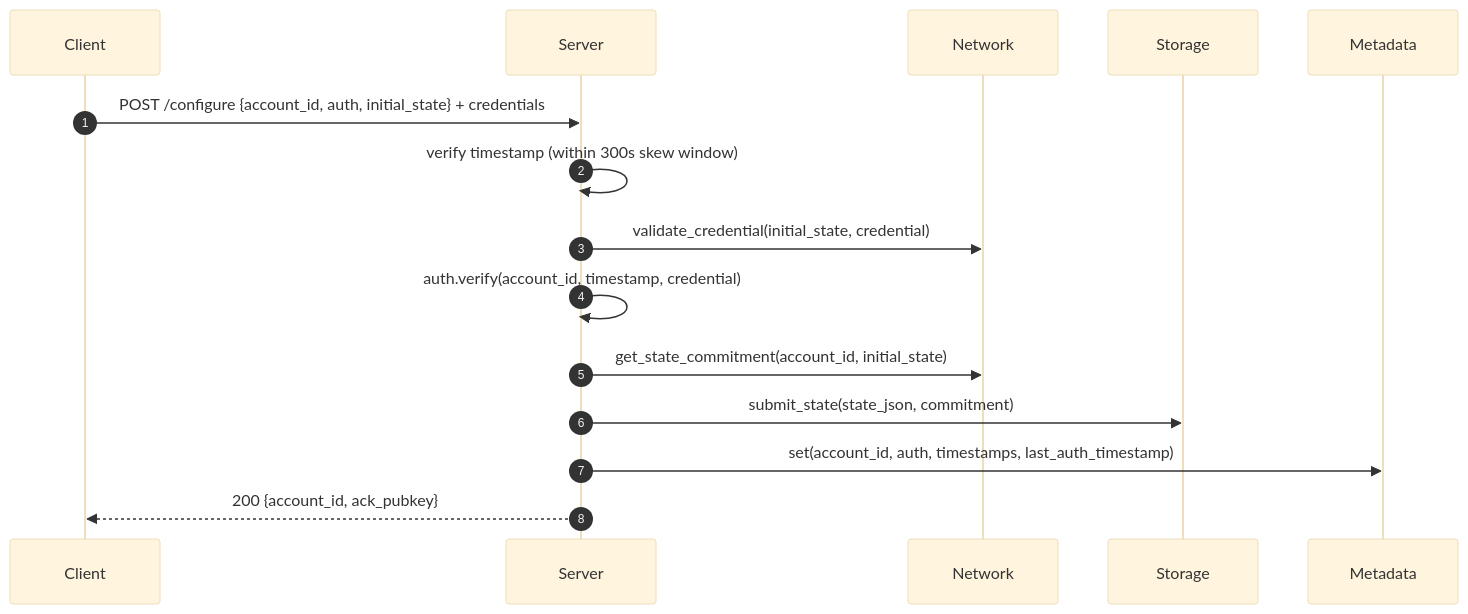
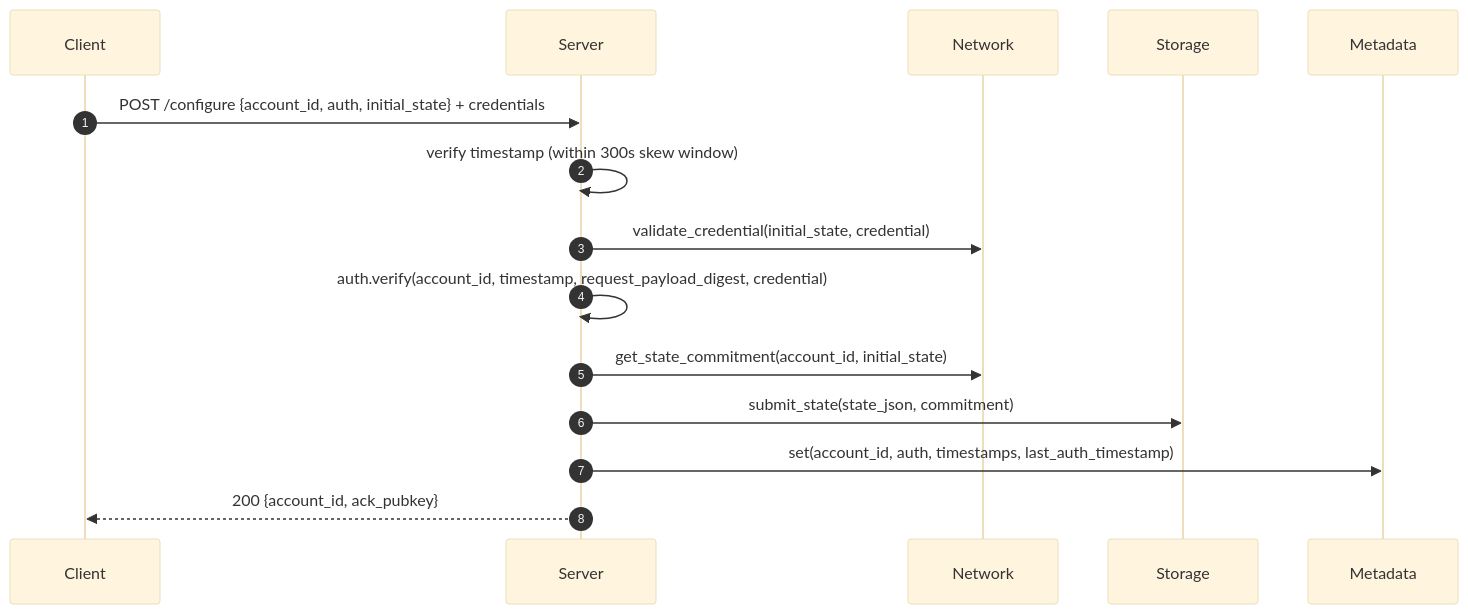
Before and after one commit to OpenZeppelin/guardian: the first of 9 diagrams in spec/processes.md, drawn with Mermaid (base theme). The commit also changed other lines of this file and 34 other files, not shown here.

Commit message:
fix: psm auth ignores request details

````diff
--- a/spec/processes.md
+++ b/spec/processes.md
@@ -14,17 +14,17 @@
 ```mermaid
 sequenceDiagram
   autonumber
   participant C as Client
   participant S as Server
   participant N as Network
   participant ST as Storage
   participant M as Metadata
   C->>S: POST /configure {account_id, auth, initial_state} + credentials
   S->>S: verify timestamp (within 300s skew window)
   S->>N: validate_credential(initial_state, credential)
-  S->>S: auth.verify(account_id, timestamp, credential)
+  S->>S: auth.verify(account_id, timestamp, request_payload_digest, credential)
   S->>N: get_state_commitment(account_id, initial_state)
   S->>ST: submit_state(state_json, commitment)
   S->>M: set(account_id, auth, timestamps, last_auth_timestamp)
   S-->>C: 200 {account_id, ack_pubkey}
 ```
````
